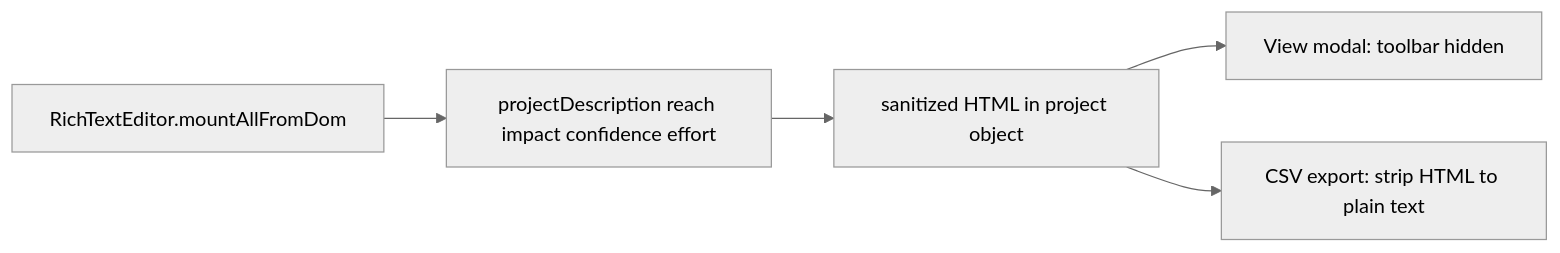
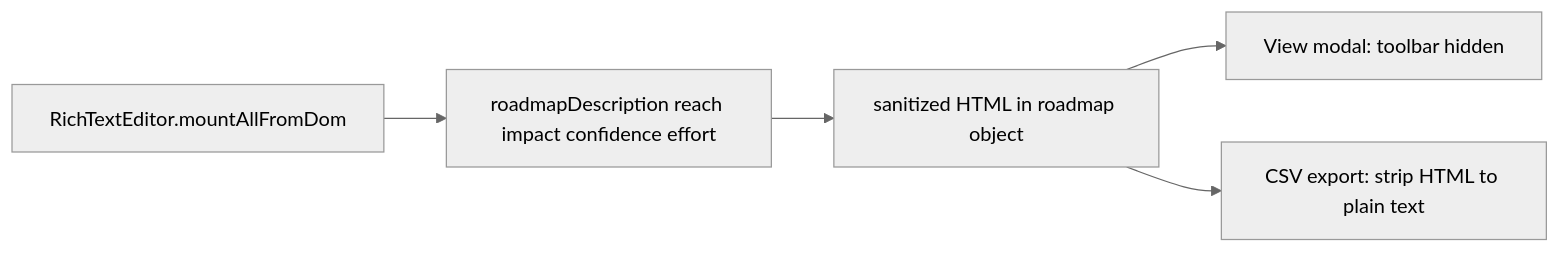
One commit to RifqiMT/pm-prioritization-tool changed diagram 11 of 14 in docs/VARIABLES.md. Above: the diagram before and after it, drawn with Mermaid (neutral theme). The commit also changed other lines of this file and 59 other files, not shown here.

First line of the commit message:
feat(ui193): rename Project→Roadmap, add KANO portfolio view, and full docs sync

````diff
--- a/docs/VARIABLES.md
+++ b/docs/VARIABLES.md
@@ -348,7 +358,7 @@
 ```mermaid
 flowchart LR
-  RTE[RichTextEditor.mountAllFromDom] --> FIELDS[projectDescription reach impact confidence effort]
-  FIELDS --> HTML[sanitized HTML in project object]
+  RTE[RichTextEditor.mountAllFromDom] --> FIELDS[roadmapDescription reach impact confidence effort]
+  FIELDS --> HTML[sanitized HTML in roadmap object]
   HTML --> VIEW[View modal: toolbar hidden]
   HTML --> CSV[CSV export: strip HTML to plain text]
 ```
````
